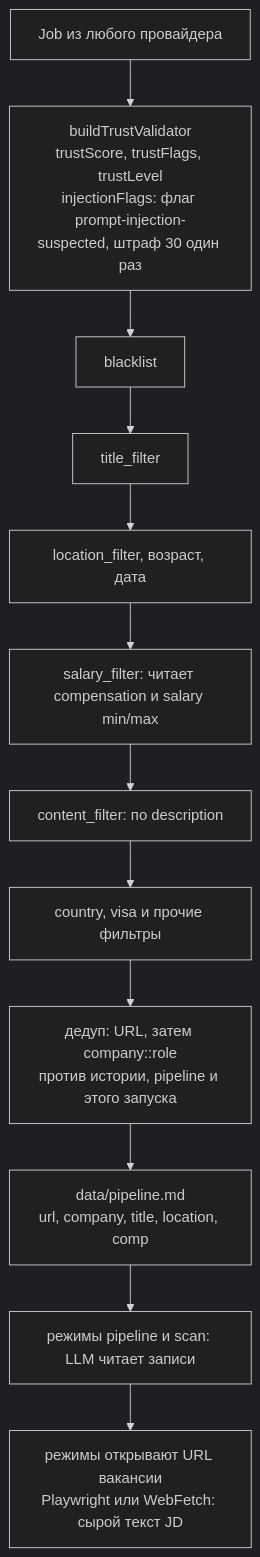
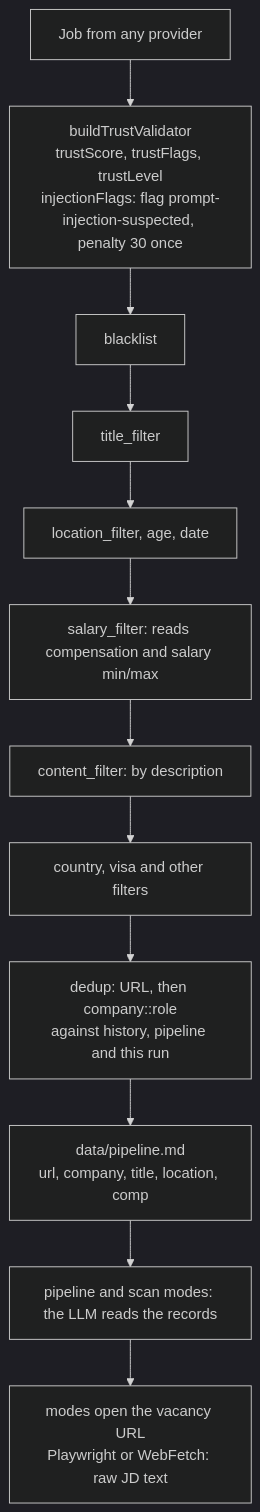
The third of 3 diagrams in docs/architecture/data-flow.md (WindowGenerator/career-ops-plugin-ru-market), drawn with Mermaid (dark theme) before and after one commit. The commit also changed other lines of this file and 14 other files, not shown here.

````diff
--- a/docs/architecture/data-flow.md
+++ b/docs/architecture/data-flow.md
@@ -56,14 +60,14 @@
 ```mermaid
 flowchart TD
-  IN["Job из любого провайдера"] --> T["buildTrustValidator<br/>trustScore, trustFlags, trustLevel<br/>injectionFlags: флаг prompt-injection-suspected, штраф 30 один раз"]
+  IN["Job from any provider"] --> T["buildTrustValidator<br/>trustScore, trustFlags, trustLevel<br/>injectionFlags: flag prompt-injection-suspected, penalty 30 once"]
   T --> F1["blacklist"]
   F1 --> F2["title_filter"]
-  F2 --> F3["location_filter, возраст, дата"]
-  F3 --> F4["salary_filter: читает compensation и salary min/max"]
-  F4 --> F5["content_filter: по description"]
-  F5 --> F6["country, visa и прочие фильтры"]
-  F6 --> D1["дедуп: URL, затем company::role<br/>против истории, pipeline и этого запуска"]
+  F2 --> F3["location_filter, age, date"]
+  F3 --> F4["salary_filter: reads compensation and salary min/max"]
+  F4 --> F5["content_filter: by description"]
+  F5 --> F6["country, visa and other filters"]
+  F6 --> D1["dedup: URL, then company::role<br/>against history, pipeline and this run"]
   D1 --> OUT["data/pipeline.md<br/>url, company, title, location, comp"]
-  OUT --> LLM["режимы pipeline и scan: LLM читает записи"]
-  LLM --> RAW["режимы открывают URL вакансии<br/>Playwright или WebFetch: сырой текст JD"]
+  OUT --> LLM["pipeline and scan modes: the LLM reads the records"]
+  LLM --> RAW["modes open the vacancy URL<br/>Playwright or WebFetch: raw JD text"]
 ```
````
